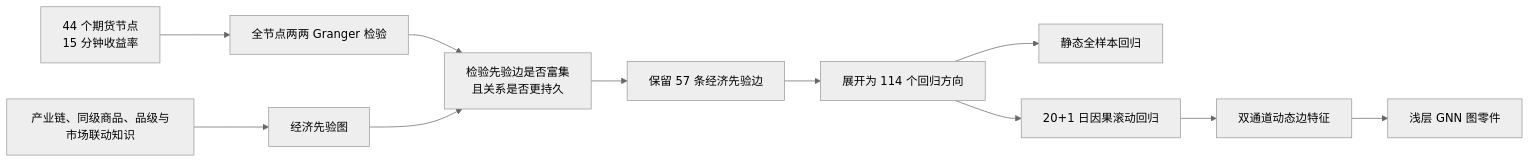
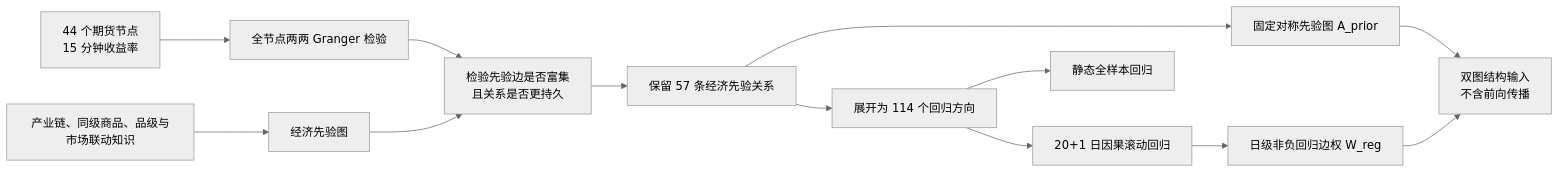
One commit to yiliyili-qin/GNN_for_futures changed the diagram in README.md. Above: the diagram before and after it, drawn with Mermaid (neutral theme). The commit also changed other lines of this file and 6 other files, not shown here.

Commit message:
dynamic attention graph and regression graph completed

````diff
--- a/README.md
+++ b/README.md
@@ -8,13 +8,15 @@
 ```mermaid
 flowchart LR
     A[44 个期货节点\n15 分钟收益率] --> B[全节点两两 Granger 检验]
     C[产业链、同级商品、品级与市场联动知识] --> D[经济先验图]
     B --> E[检验先验边是否富集\n且关系是否更持久]
     D --> E
-    E --> F[保留 57 条经济先验边]
+    E --> F[保留 57 条经济先验关系]
+    F --> F2[固定对称先验图 A_prior]
     F --> G[展开为 114 个回归方向]
     G --> H[静态全样本回归]
     G --> I[20+1 日因果滚动回归]
-    I --> J[双通道动态边特征]
-    J --> K[浅层 GNN 图零件]
+    I --> J[日级非负回归边权 W_reg]
+    F2 --> K[双图结构输入\n不含前向传播]
+    J --> K
 ```
````
